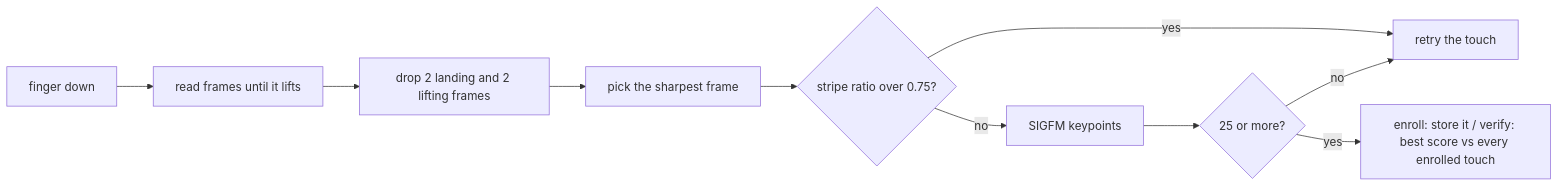
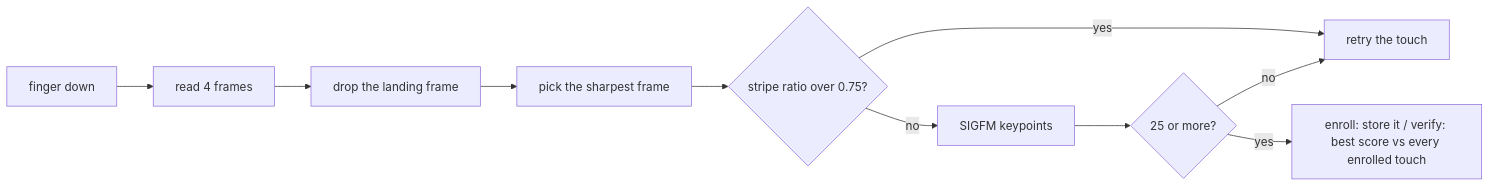
The diagram in docs/how-it-works.md (khaosdoctor/libfprint-elan-0c28-patch), drawn with Mermaid before and after one commit. The commit also changed other lines of this file and 4 other files, not shown here.

````diff
--- a/docs/how-it-works.md
+++ b/docs/how-it-works.md
@@ -24,12 +24,12 @@
 ```mermaid
 flowchart LR
-    A[finger down] --> B[read frames until it lifts]
-    B --> C[drop 2 landing and 2 lifting frames]
+    A[finger down] --> B[read 4 frames]
+    B --> C[drop the landing frame]
     C --> D[pick the sharpest frame]
     D --> E{stripe ratio over 0.75?}
     E -- yes --> R[retry the touch]
     E -- no --> F[SIGFM keypoints]
     F --> G{25 or more?}
     G -- no --> R
     G -- yes --> H[enroll: store it / verify: best score vs every enrolled touch]
 ```
````
